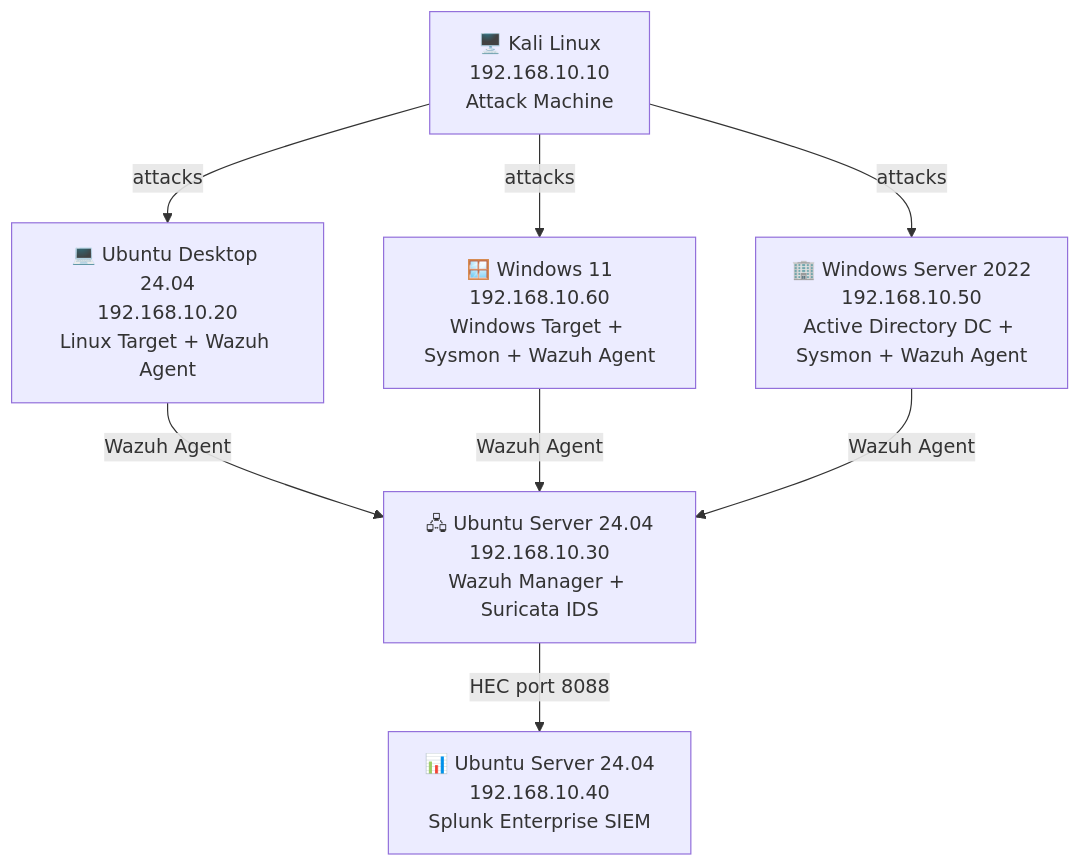
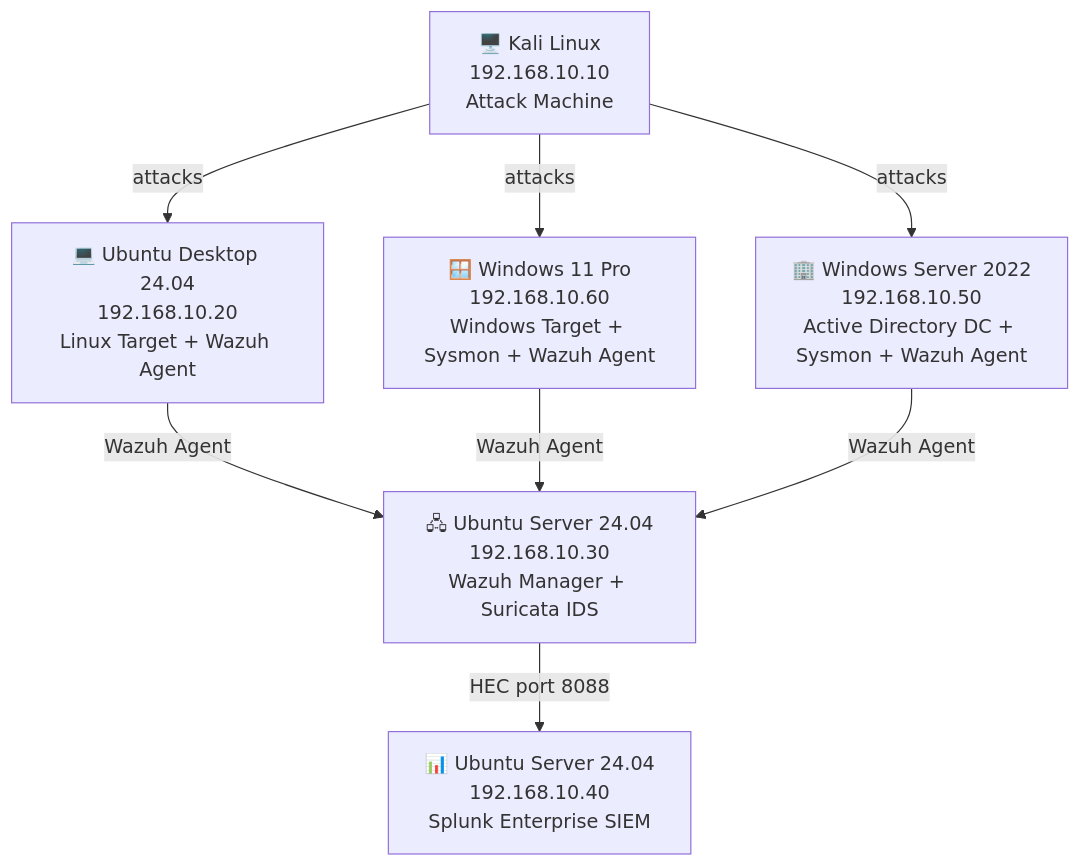
The diagram in README.md (DanielBandarica02/SOC-HomeLab), drawn with Mermaid before and after one commit. The commit also changed other lines of this file, not shown here.

````diff
--- a/README.md
+++ b/README.md
@@ -15,10 +15,10 @@
 ```mermaid
 flowchart TD
     A["🖥️ Kali Linux\n192.168.10.10\nAttack Machine"] -->|"attacks"| B["💻 Ubuntu Desktop 24.04\n192.168.10.20\nLinux Target + Wazuh Agent"]
-    A -->|"attacks"| E["🪟 Windows 11\n192.168.10.60\nWindows Target + Sysmon + Wazuh Agent"]
+    A -->|"attacks"| E["🪟 Windows 11 Pro\n192.168.10.60\nWindows Target + Sysmon + Wazuh Agent"]
     A -->|"attacks"| F["🏢 Windows Server 2022\n192.168.10.50\nActive Directory DC + Sysmon + Wazuh Agent"]
     B -->|"Wazuh Agent"| C["🖧 Ubuntu Server 24.04\n192.168.10.30\nWazuh Manager + Suricata IDS"]
     E -->|"Wazuh Agent"| C
     F -->|"Wazuh Agent"| C
     C -->|"HEC port 8088"| D["📊 Ubuntu Server 24.04\n192.168.10.40\nSplunk Enterprise SIEM"]
 ```
````
